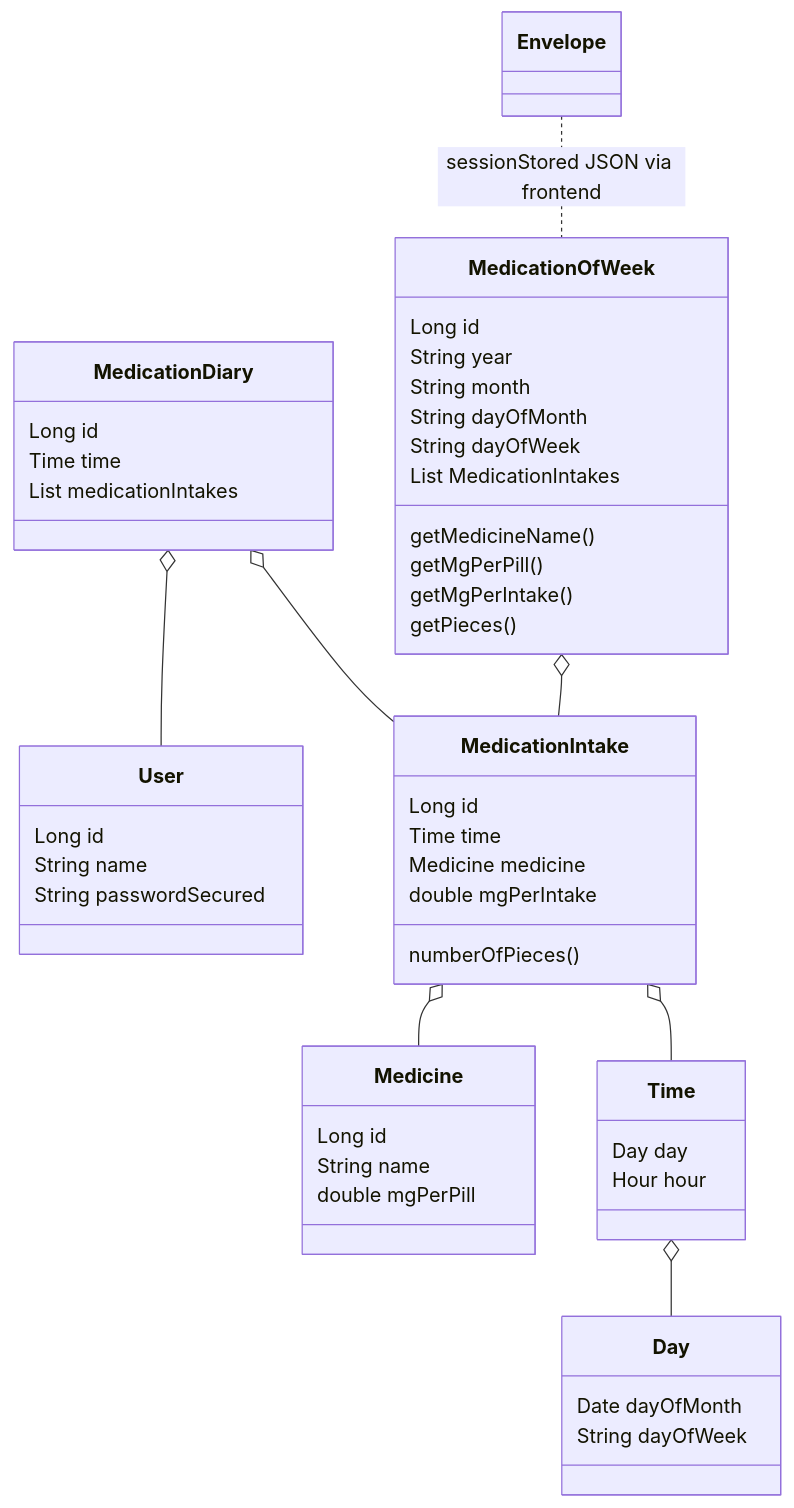
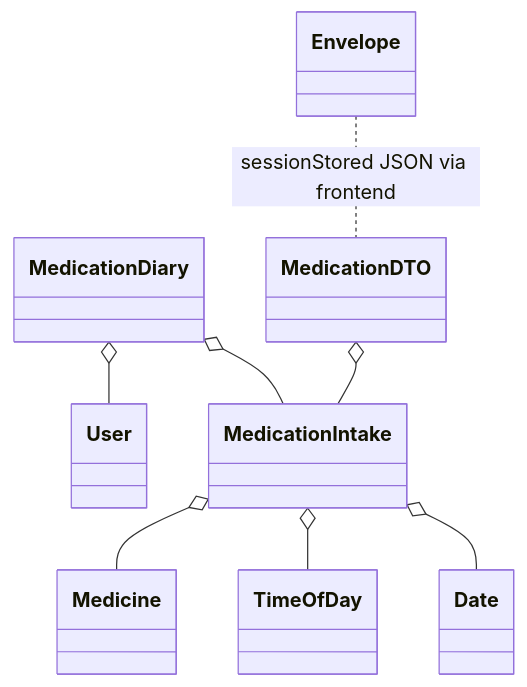
Before and after one commit to ocelot8421/artur_backend: the first of 2 diagrams in README.md, drawn with Mermaid. The commit also changed 24 other files, not shown here.

````diff
--- a/README.md
+++ b/README.md
@@ -33,48 +33,15 @@
 ```mermaid
 classDiagram
 
 MedicationDiary o-- User
 MedicationDiary o-- MedicationIntake
 MedicationIntake o-- Medicine
-MedicationOfWeek o-- MedicationIntake
-Envelope .. MedicationOfWeek : sessionStored JSON via frontend
-MedicationIntake o-- Time
-Time o-- Day
+MedicationIntake o-- TimeOfDay
+MedicationDTO o-- MedicationIntake
+Envelope .. MedicationDTO : sessionStored JSON via frontend
+MedicationIntake o-- Date
 
-User : Long id
-User : String name
-User : String passwordSecured
 
-Medicine : Long id
-Medicine : String name
-Medicine : double mgPerPill
-
-Time : Day day
-Time : Hour hour
-
-Day : Date dayOfMonth
-Day : String dayOfWeek
-
-MedicationIntake : Long id
-MedicationIntake : Time time
-MedicationIntake : Medicine medicine
-MedicationIntake : double mgPerIntake
-MedicationIntake : numberOfPieces()
-
-MedicationOfWeek : Long id
-MedicationOfWeek : String year
-MedicationOfWeek : String month
-MedicationOfWeek : String dayOfMonth
-MedicationOfWeek : String dayOfWeek
-MedicationOfWeek : List MedicationIntakes
-MedicationOfWeek : getMedicineName()
-MedicationOfWeek : getMgPerPill()
-MedicationOfWeek : getMgPerIntake()
-MedicationOfWeek : getPieces()
-
-MedicationDiary : Long id
-MedicationDiary : Time time
-MedicationDiary : List medicationIntakes
 
 
 ```
````
